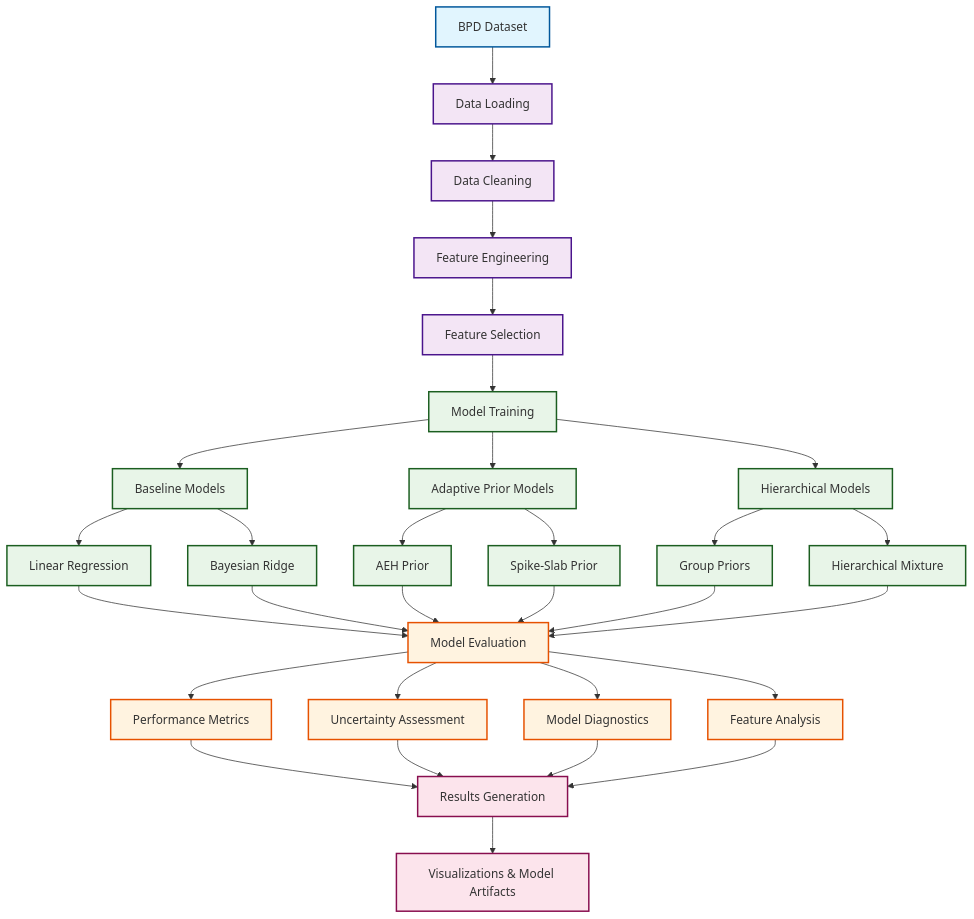
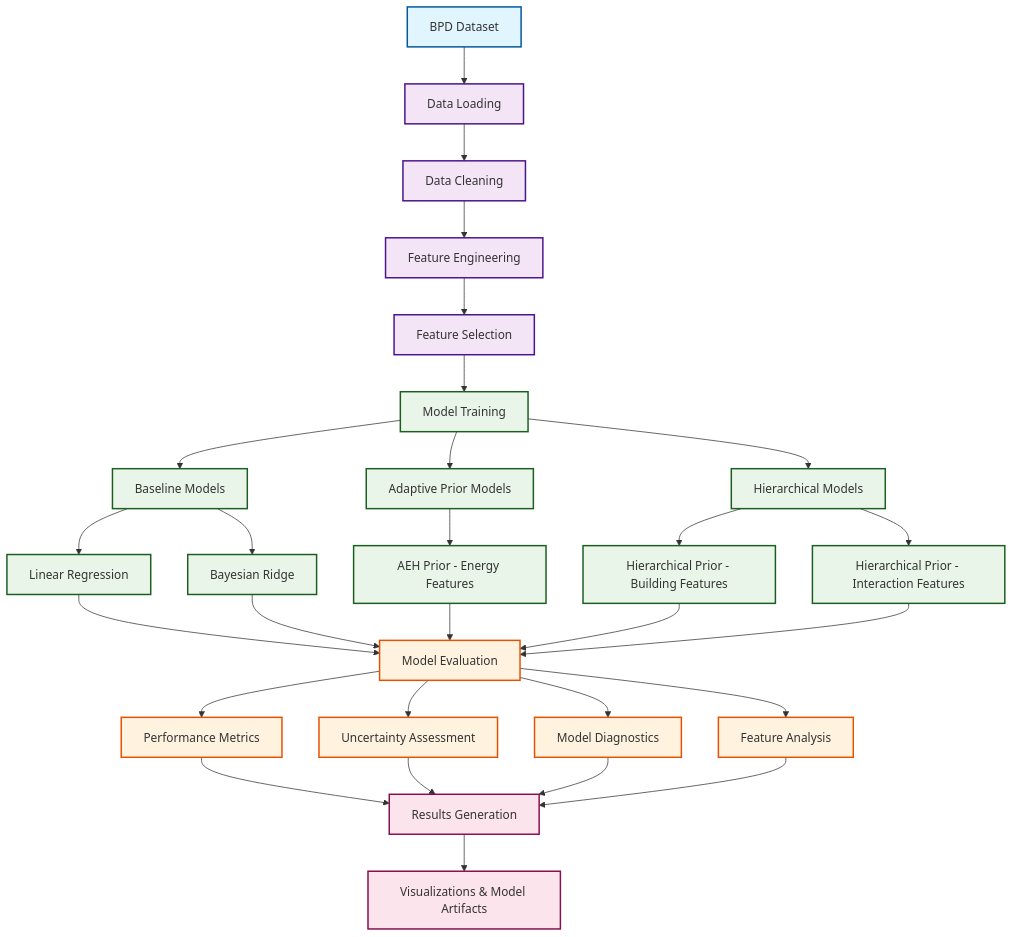
The diagram in bpd/V3_clean/DATA_PIPELINE.md (georgepaul171/Research-Project), drawn with Mermaid before and after one commit. The commit also changed other lines of this file and 1 other file, not shown here.

Commit message:
data pipeline diagram

````diff
--- a/bpd/V3_clean/DATA_PIPELINE.md
+++ b/bpd/V3_clean/DATA_PIPELINE.md
@@ -8,62 +8,58 @@
 ```mermaid
 graph TD
     %% Data Sources
     A[BPD Dataset] --> B[Data Loading]
     
     %% Data Processing
     B --> C[Data Cleaning]
     C --> D[Feature Engineering]
     D --> E[Feature Selection]
     
     %% Model Training Pipeline
     E --> I[Model Training]
     
     I --> I1[Baseline Models]
     I --> I2[Adaptive Prior Models]
     I --> I3[Hierarchical Models]
     
     I1 --> I1a[Linear Regression]
     I1 --> I1b[Bayesian Ridge]
     
-    I2 --> I2a[AEH Prior]
-    I2 --> I2b[Spike-Slab Prior]
+    I2 --> I2a[AEH Prior - Energy Features]
     
-    I3 --> I3a[Group Priors]
-    I3 --> I3b[Hierarchical Mixture]
+    I3 --> I3a[Hierarchical Prior - Building Features]
+    I3 --> I3b[Hierarchical Prior - Interaction Features]
     
     %% Model Evaluation
     I1a --> J[Model Evaluation]
     I1b --> J
     I2a --> J
-    I2b --> J
     I3a --> J
     I3b --> J
-    
-
     
     %% Evaluation and Results
     J --> K[Performance Metrics]
     J --> L[Uncertainty Assessment]
     J --> M[Model Diagnostics]
     J --> N[Feature Analysis]
     
     K --> O[Results Generation]
     L --> O
     M --> O
     N --> O
     
     O --> P[Visualizations & Model Artifacts]
     
     %% Styling
     classDef dataSource fill:#e1f5fe,stroke:#01579b,stroke-width:2px
     classDef processing fill:#f3e5f5,stroke:#4a148c,stroke-width:2px
     classDef model fill:#e8f5e8,stroke:#1b5e20,stroke-width:2px
     classDef evaluation fill:#fff3e0,stroke:#e65100,stroke-width:2px
     classDef output fill:#fce4ec,stroke:#880e4f,stroke-width:2px
     
     class A dataSource
     class B,C,D,E processing
-    class I,I1,I2,I3,I1a,I1b,I2a,I2b,I3a,I3b model
+    class I,I1,I2,I3,I1a,I1b,I2a,I3a,I3b model
     class J,K,L,M,N evaluation
     class O,P output
 ```
````
